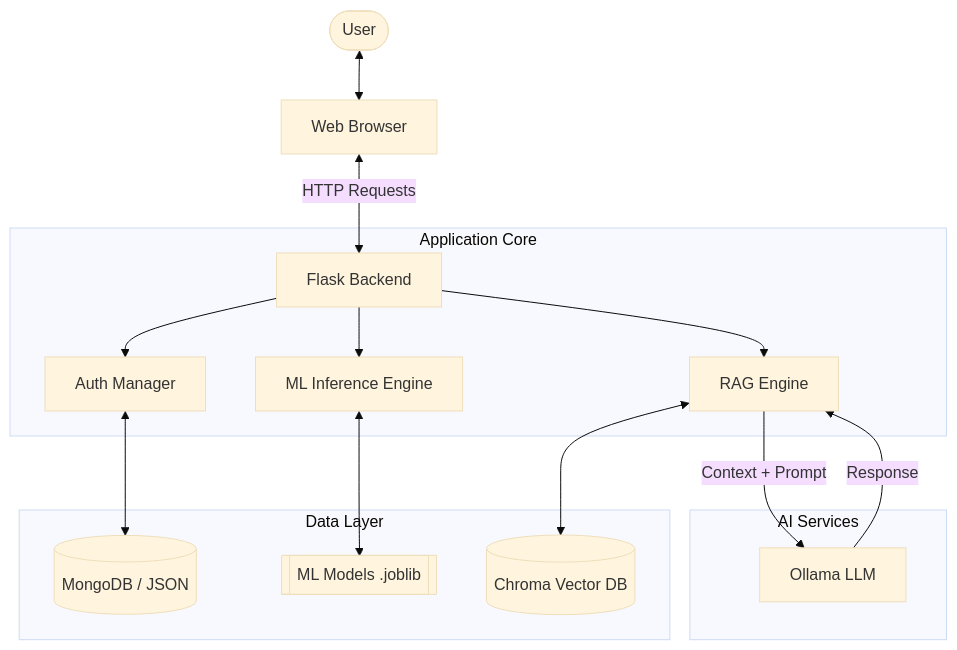
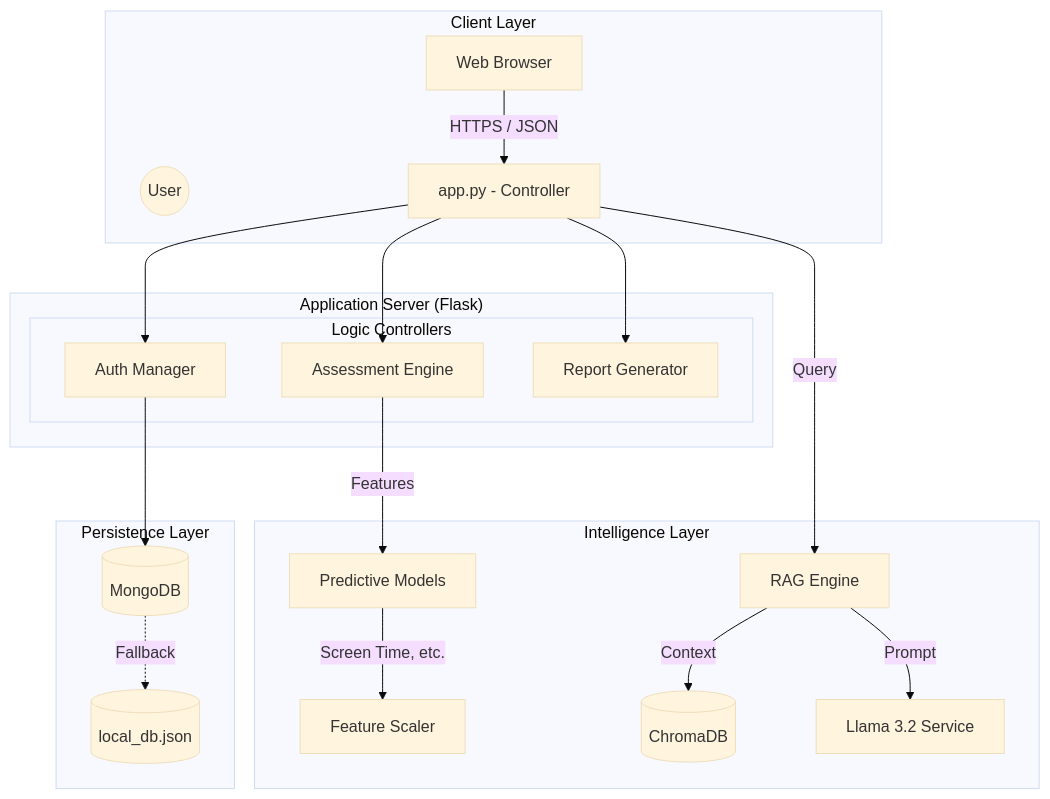
Before and after one commit to CHRISDANIEL145/Intelligent-Mental-Health-System: the first of 3 diagrams in PROJECT_REPORT.md, drawn with Mermaid (base theme). The commit also changed other lines of this file and 1 other file, not shown here.

Commit message:
Docs: Enhanced README and Project Report with Deep Dive Diagrams

````diff
--- a/PROJECT_REPORT.md
+++ b/PROJECT_REPORT.md
@@ -37,22 +40,36 @@
 ```mermaid
-graph TD
-    User([User]) <--> Browser[Web Browser]
-    Browser <--> |HTTP Requests| Flask[Flask Backend]
-    
-    subgraph "Application Core"
-        Flask --> Auth[Auth Manager]
-        Flask --> Inference[ML Inference Engine]
-        Flask --> RAG[RAG Engine]
+graph TB
+    subgraph "Client Layer"
+        User((User))
+        Browser[Web Browser]
+        Browser --> |HTTPS / JSON| Server
     end
-    
-    subgraph "Data Layer"
-        Auth <--> MongoDB[(MongoDB / JSON)]
-        RAG <--> ChromaDB[(Chroma Vector DB)]
-        Inference <--> Models[[ML Models .joblib]]
+
+    subgraph "Application Server (Flask)"
+        Server[app.py - Controller]
+        
+        subgraph "Logic Controllers"
+            Auth[Auth Manager]
+            Assess[Assessment Engine]
+            PDF[Report Generator]
+        end
+        
+        Server --> Auth
+        Server --> Assess
+        Server --> PDF
     end
-    
-    subgraph "AI Services"
-        RAG --> |Context + Prompt| Ollama[Ollama LLM]
-        Ollama --> |Response| RAG
+
+    subgraph "Intelligence Layer"
+        Assess --> |Features| ML[Predictive Models]
+        ML --> |Screen Time, etc.| Scaler[Feature Scaler]
+        
+        Server --> |Query| RAG[RAG Engine]
+        RAG --> |Context| Chroma[(ChromaDB)]
+        RAG --> |Prompt| Llama[Llama 3.2 Service]
+    end
+
+    subgraph "Persistence Layer"
+        Auth --> Mongo[(MongoDB)]
+        Mongo -.-> |Fallback| JSON[(local_db.json)]
     end
 ```
````
